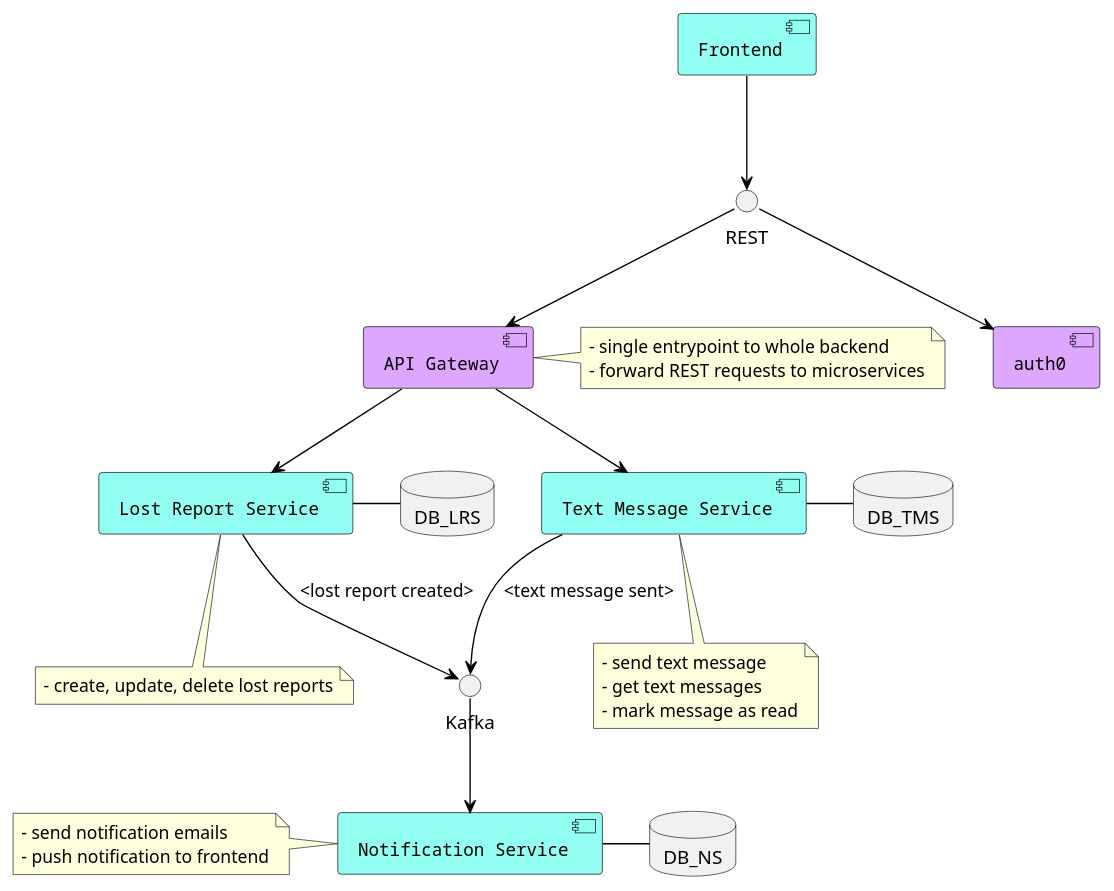
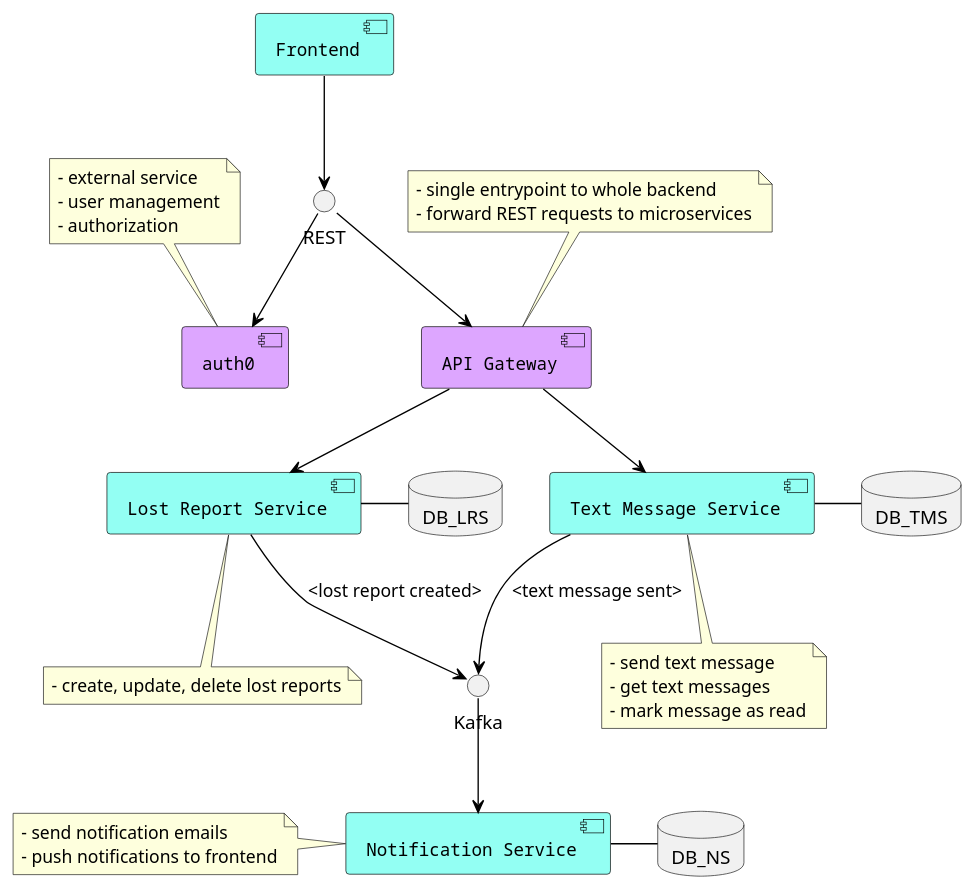
The diagram in architecture.puml (PawelMlyniec/Lost_and_found_diagrams), drawn with PlantUML before and after one commit.

Commit message:
Improve diagram readability

```diff
--- a/architecture.puml
+++ b/architecture.puml
@@ -1,62 +1,67 @@
 @startumlS
 
 skinparam component {
   FontSize 13
   FontName Courier
   BorderColor black
   BackgroundColor 93FFF3
   ArrowFontName Impact
   ArrowColor black
   ArrowFontColor black
 }
 
 skinparam note {
 
 }
 
 component "Frontend" as frontend
 component "API Gateway" as gateway #DDA6FF
 interface REST
 interface "Kafka" as kafka
 component "Lost Report Service" as LRS
 component "auth0" as auth0 #DDA6FF
 component "Text Message Service" as TMS
 component "Notification Service" as NS
 database DB_LRS
 database DB_TMS
 database DB_NS
 
 frontend --> REST
 REST --> gateway
 REST --> auth0
 gateway --> LRS
 gateway --> TMS
 LRS --> kafka: <lost report created>
 TMS --> kafka: <text message sent>
 kafka --> NS
 LRS - DB_LRS
 TMS - DB_TMS
 NS - DB_NS
 
-note right of gateway
+note top of gateway
     - single entrypoint to whole backend
     - forward REST requests to microservices
 end note
 
 note bottom of LRS
     - create, update, delete lost reports
 end note
 
 note bottom of TMS
     - send text message
     - get text messages
     - mark message as read
 end note
 
 note left of NS
     - send notification emails
-    - push notification to frontend
+    - push notifications to frontend
 end note
 
+note top of auth0
+    - external service
+    - user management
+    - authorization
+end note
 
 @enduml
```
